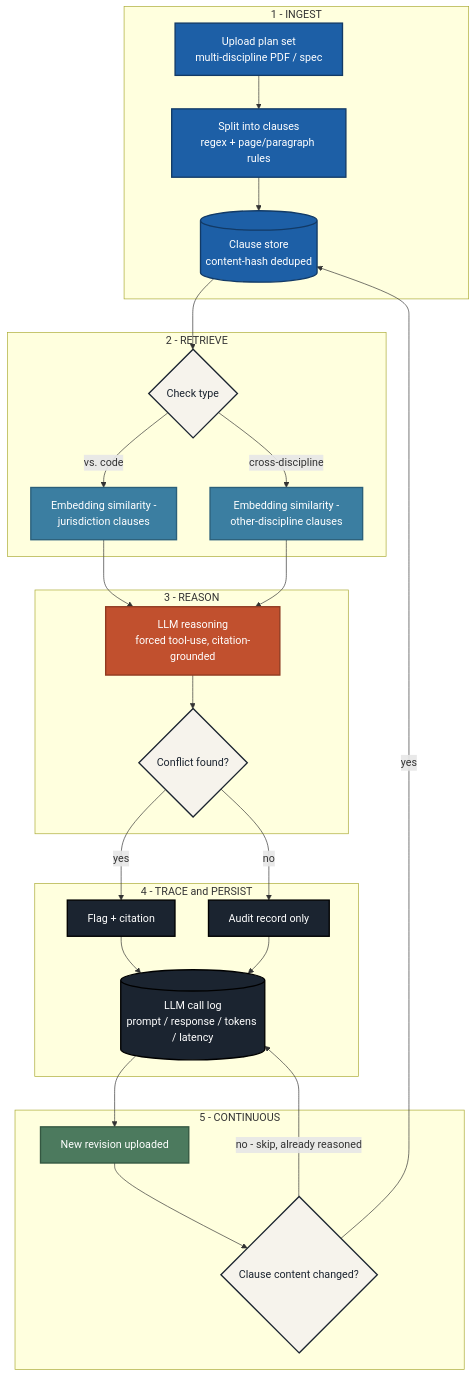
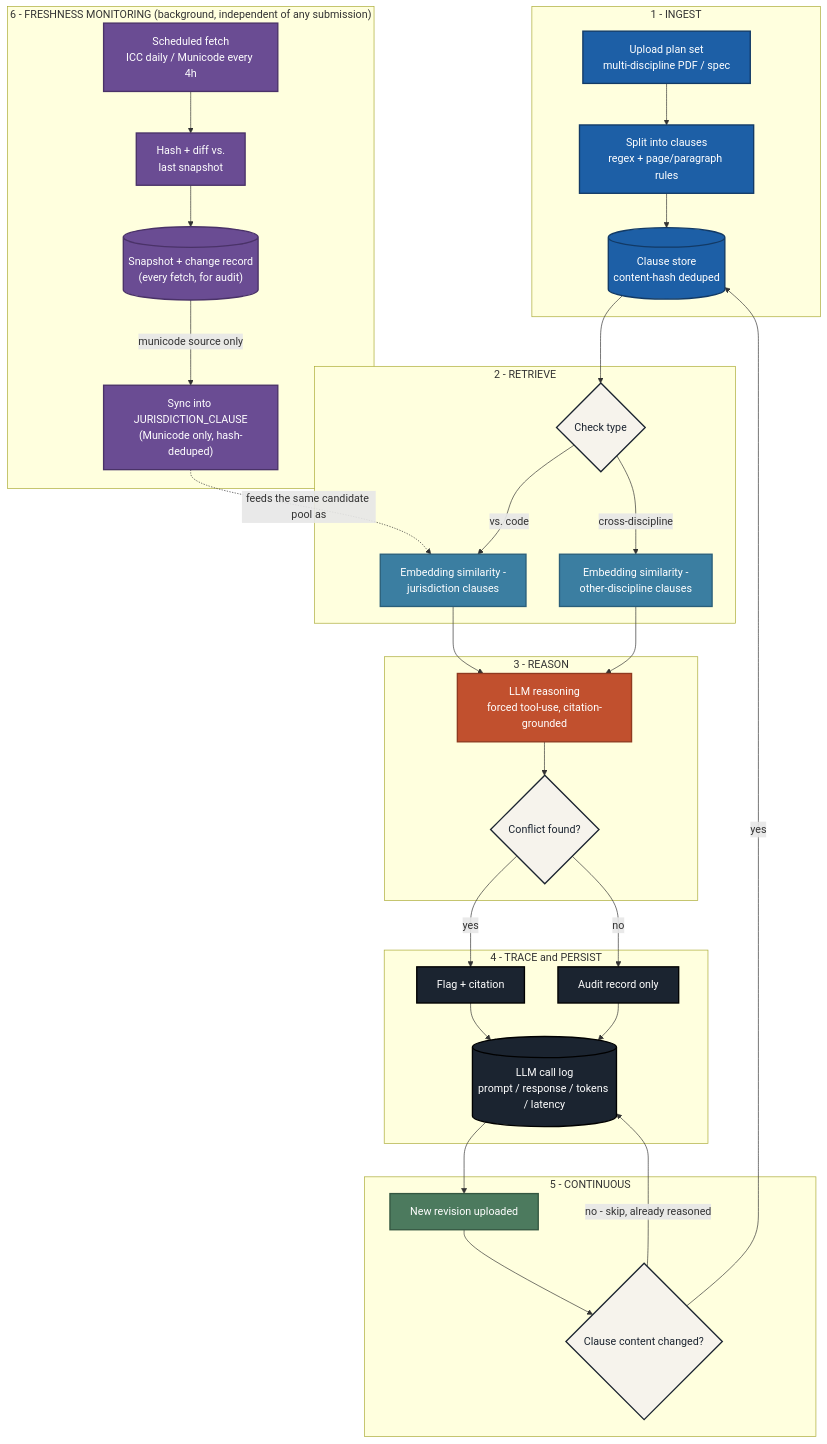
One commit to ioberman/permittingRagProject changed the diagram in docs/WORKFLOW.md. Above: the diagram before and after it, drawn with Mermaid. The commit also changed other lines of this file and 22 other files, not shown here.

````diff
--- a/docs/WORKFLOW.md
+++ b/docs/WORKFLOW.md
@@ -7,49 +9,60 @@
 ```mermaid
 flowchart TD
     classDef ingest fill:#1D5FA6,stroke:#123A66,color:#fff,stroke-width:2px
     classDef retrieve fill:#3B7EA1,stroke:#2A5F7A,color:#fff,stroke-width:2px
     classDef reason fill:#C1502E,stroke:#8F3A20,color:#fff,stroke-width:2px
     classDef persist fill:#1B2430,stroke:#000000,color:#fff,stroke-width:2px
     classDef cont fill:#4C7A5E,stroke:#345741,color:#fff,stroke-width:2px
     classDef decision fill:#F6F3EC,stroke:#1B2430,color:#1B2430,stroke-width:2px
+    classDef freshness fill:#6A4C93,stroke:#4A3268,color:#fff,stroke-width:2px
 
     subgraph S1["1 - INGEST"]
         A["Upload plan set<br/>multi-discipline PDF / spec"]:::ingest --> B["Split into clauses<br/>regex + page/paragraph rules"]:::ingest
         B --> C[("Clause store<br/>content-hash deduped")]:::ingest
     end
 
     subgraph S2["2 - RETRIEVE"]
         D{"Check type"}:::decision
         D -->|"vs. code"| E["Embedding similarity -<br/>jurisdiction clauses"]:::retrieve
         D -->|"cross-discipline"| F["Embedding similarity -<br/>other-discipline clauses"]:::retrieve
     end
 
     subgraph S3["3 - REASON"]
         G["LLM reasoning<br/>forced tool-use, citation-grounded"]:::reason
         H{"Conflict found?"}:::decision
         G --> H
     end
 
     subgraph S4["4 - TRACE and PERSIST"]
         I["Flag + citation"]:::persist
         J["Audit record only"]:::persist
         K[("LLM call log<br/>prompt / response / tokens / latency")]:::persist
     end
 
     subgraph S5["5 - CONTINUOUS"]
         L["New revision uploaded"]:::cont
         M{"Clause content changed?"}:::decision
     end
 
+    subgraph S6["6 - FRESHNESS MONITORING (background, independent of any submission)"]
+        N["Scheduled fetch<br/>ICC daily / Municode every 4h"]:::freshness
+        O["Hash + diff vs.<br/>last snapshot"]:::freshness
+        P[("Snapshot + change record<br/>(every fetch, for audit)")]:::freshness
+        Q["Sync into JURISDICTION_CLAUSE<br/>(Municode only, hash-deduped)"]:::freshness
+        N --> O --> P
+        P -->|"municode source only"| Q
+    end
+
     C --> D
     E --> G
     F --> G
     H -->|"yes"| I
     H -->|"no"| J
     I --> K
     J --> K
     K --> L
     L --> M
     M -->|"no - skip, already reasoned"| K
     M -->|"yes"| C
+    Q -.->|"feeds the same candidate pool as"| E
 ```
````
